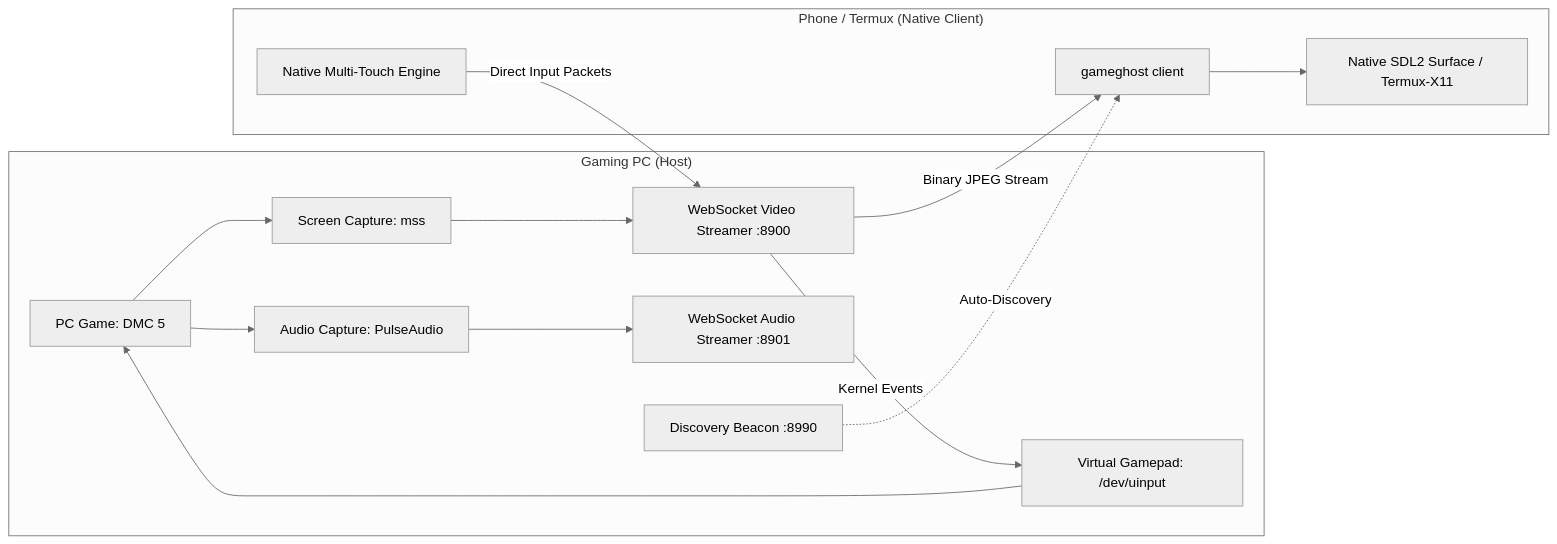
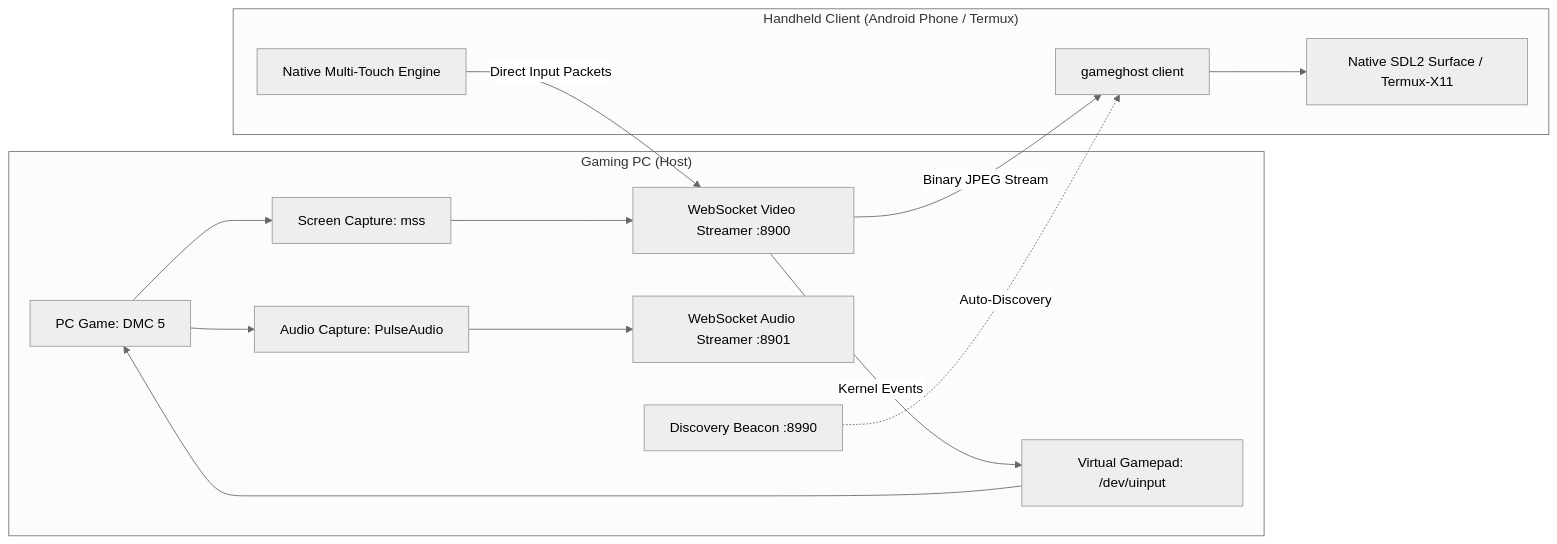
The diagram in README.md (rayzien/gameghost), drawn with Mermaid (neutral theme) before and after one commit. The commit also changed other lines of this file and 7 other files, not shown here.

Commit message:
release: v1.1.0 - eliminate HTML, integrate CPUGhost auto-update engine, pure native SDL2 handheld client

````diff
--- a/README.md
+++ b/README.md
@@ -172,23 +192,23 @@
 ```mermaid
 flowchart LR
     subgraph Host["Gaming PC (Host)"]
         GAME[PC Game: DMC 5] --> CAP[Screen Capture: mss]
         GAME --> AUD[Audio Capture: PulseAudio]
         CAP --> S_WS[WebSocket Video Streamer :8900]
         AUD --> A_WS[WebSocket Audio Streamer :8901]
         DISC[Discovery Beacon :8990]
         UINP[Virtual Gamepad: /dev/uinput] --> GAME
     end
 
-    subgraph Client["Phone / Termux (Native Client)"]
+    subgraph Client["Handheld Client (Android Phone / Termux)"]
         CLNT[gameghost client]
         SDL[Native SDL2 Surface / Termux-X11]
         TOUCH[Native Multi-Touch Engine]
     end
 
     S_WS -->|Binary JPEG Stream| CLNT
     TOUCH -->|Direct Input Packets| S_WS
     S_WS -->|Kernel Events| UINP
     CLNT --> SDL
     DISC -.->|Auto-Discovery| CLNT
 ```
````
